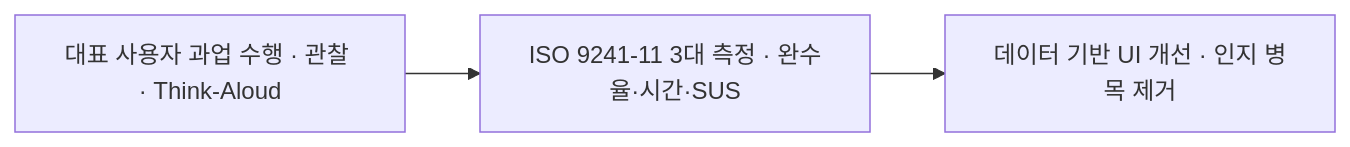
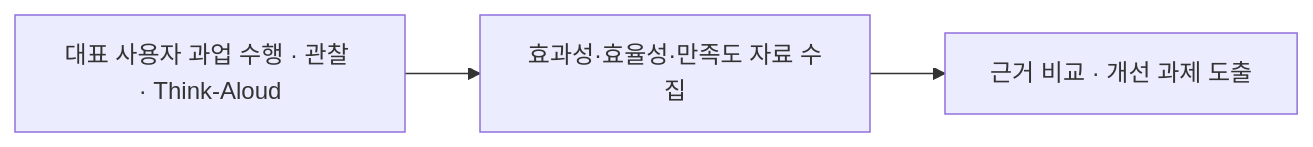
Before and after one commit to agnusdei1207/study: the second of 3 diagrams in src/content/docs/notes/itpe/02-software-engineering/086_usability_testing.md, drawn with Mermaid. The commit also changed other lines of this file and 21 other files, not shown here.

````diff
--- a/src/content/docs/notes/itpe/02-software-engineering/086_usability_testing.md
+++ b/src/content/docs/notes/itpe/02-software-engineering/086_usability_testing.md
@@ -101,5 +101,5 @@
 ```mermaid
 flowchart LR
-    A["대표 사용자 과업 수행 · 관찰 · Think-Aloud"] --> B["ISO 9241-11 3대 측정 · 완수율·시간·SUS"]
-    B --> C["데이터 기반 UI 개선 · 인지 병목 제거"]
+    A["대표 사용자 과업 수행 · 관찰 · Think-Aloud"] --> B["효과성·효율성·만족도 자료 수집"]
+    B --> C["근거 비교 · 개선 과제 도출"]
 ```
````
